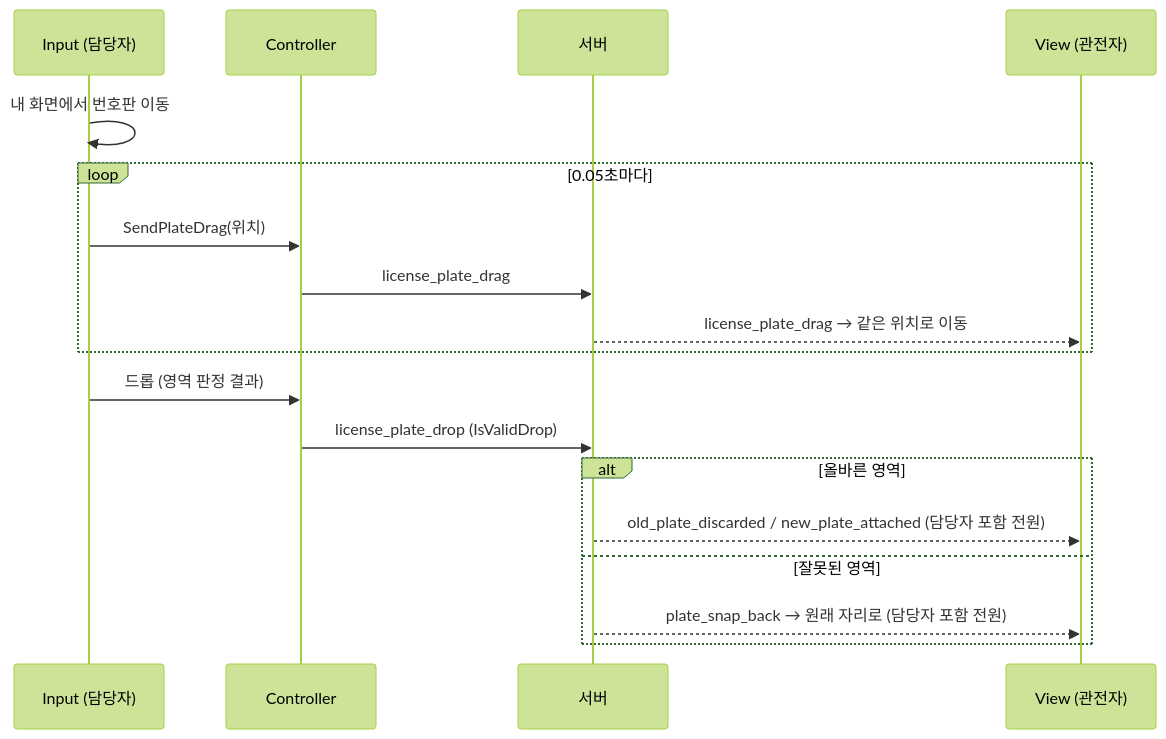
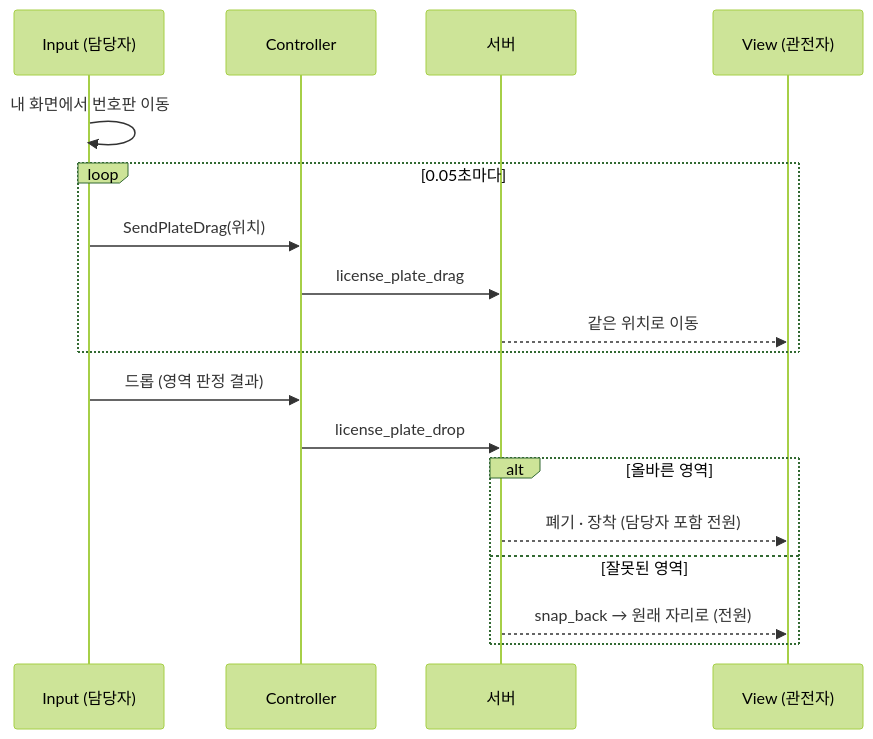
One commit to ebsongg1/portfolio changed the sixth of 6 diagrams in src/2-team-driving/기술문서.md. Above: the diagram before and after it, drawn with Mermaid (forest theme). The commit also changed other lines of this file and 1 other file, not shown here.

````diff
--- a/src/2-team-driving/기술문서.md
+++ b/src/2-team-driving/기술문서.md
@@ -377,20 +429,20 @@
 ```mermaid
 sequenceDiagram
     participant I as Input (담당자)
     participant C as Controller
     participant S as 서버
     participant V as View (관전자)
     I->>I: 내 화면에서 번호판 이동
     loop 0.05초마다
         I->>C: SendPlateDrag(위치)
         C->>S: license_plate_drag
-        S-->>V: license_plate_drag → 같은 위치로 이동
+        S-->>V: 같은 위치로 이동
     end
     I->>C: 드롭 (영역 판정 결과)
-    C->>S: license_plate_drop (IsValidDrop)
+    C->>S: license_plate_drop
     alt 올바른 영역
-        S-->>V: old_plate_discarded / new_plate_attached (담당자 포함 전원)
+        S-->>V: 폐기 · 장착 (담당자 포함 전원)
     else 잘못된 영역
-        S-->>V: plate_snap_back → 원래 자리로 (담당자 포함 전원)
+        S-->>V: snap_back → 원래 자리로 (전원)
     end
 ```
````
